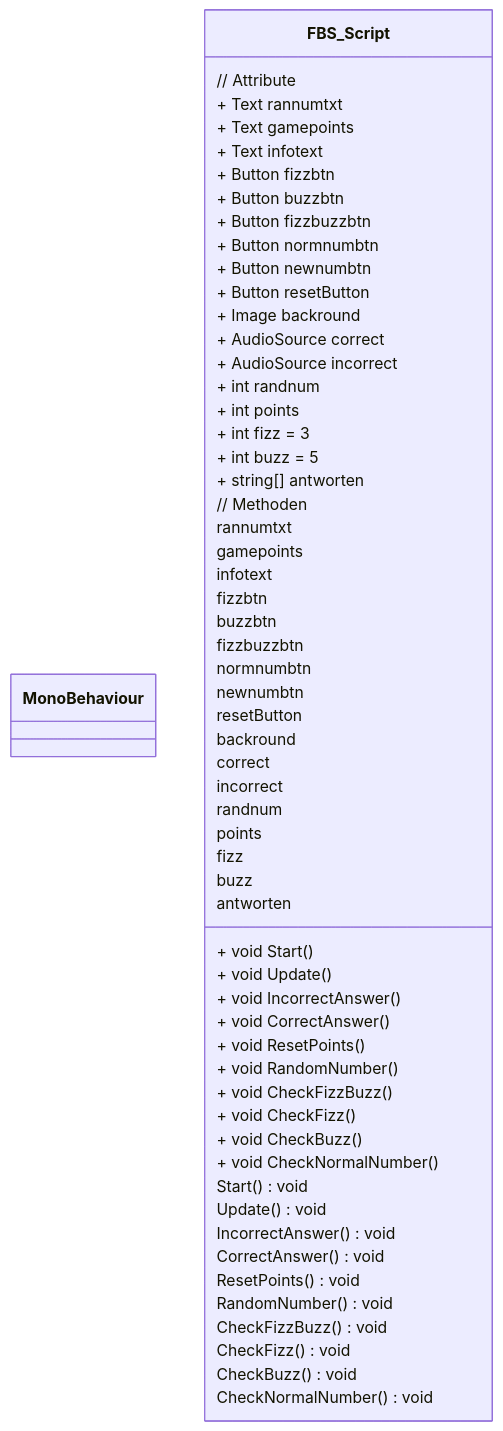
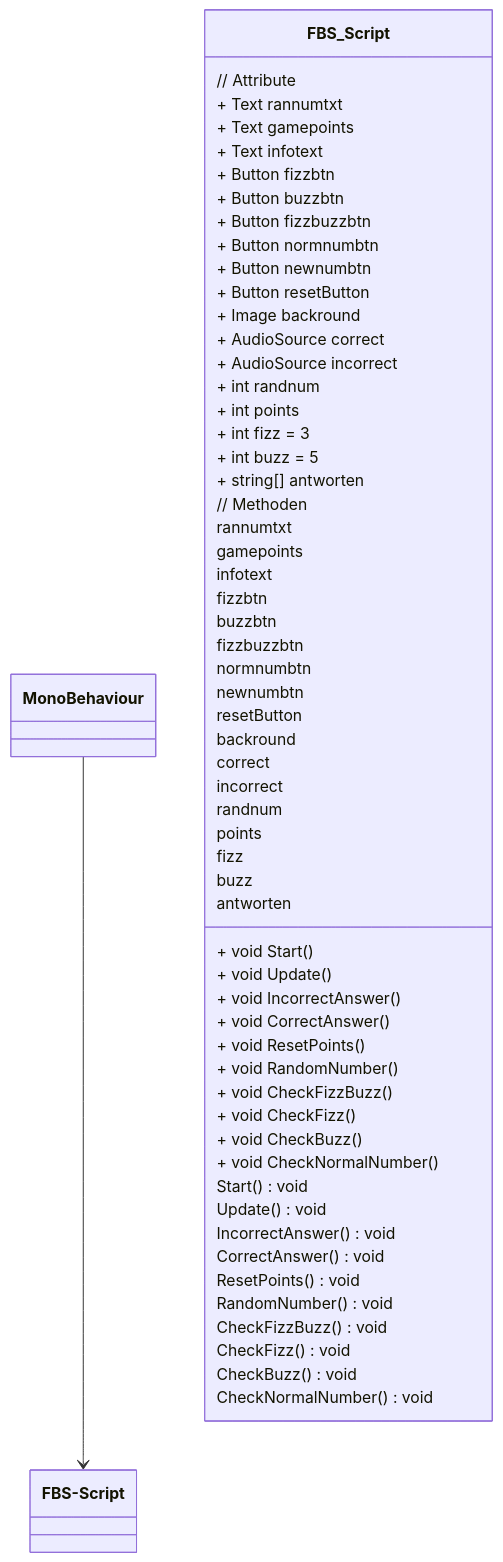
One commit to flaurenz/FizzBuzz_Laurenz changed the diagram in README.md. Above: the diagram before and after it, drawn with Mermaid.

````diff
--- a/README.md
+++ b/README.md
@@ -29,67 +29,69 @@
 ```mermaid
 classDiagram
 class MonoBehaviour {
     }
 
     class FBS_Script {
         // Attribute
         + Text rannumtxt
         + Text gamepoints
         + Text infotext
         + Button fizzbtn
         + Button buzzbtn
         + Button fizzbuzzbtn
         + Button normnumbtn
         + Button newnumbtn
         + Button resetButton
         + Image backround
         + AudioSource correct
         + AudioSource incorrect
         + int randnum
         + int points
         + int fizz = 3
         + int buzz = 5
         + string[] antworten
 
         // Methoden
         + void Start()
         + void Update()
         + void IncorrectAnswer()
         + void CorrectAnswer()
         + void ResetPoints()
         + void RandomNumber()
         + void CheckFizzBuzz()
         + void CheckFizz()
         + void CheckBuzz()
         + void CheckNormalNumber()
     }
 
     FBS_Script : rannumtxt
     FBS_Script : gamepoints
     FBS_Script : infotext
     FBS_Script : fizzbtn
     FBS_Script : buzzbtn
     FBS_Script : fizzbuzzbtn
     FBS_Script : normnumbtn
     FBS_Script : newnumbtn
     FBS_Script : resetButton
     FBS_Script : backround
     FBS_Script : correct
     FBS_Script : incorrect
     FBS_Script : randnum
     FBS_Script : points
     FBS_Script : fizz
     FBS_Script : buzz
     FBS_Script : antworten
     FBS_Script : Start() void
     FBS_Script : Update() void
     FBS_Script : IncorrectAnswer() void
     FBS_Script : CorrectAnswer() void
     FBS_Script : ResetPoints() void
     FBS_Script : RandomNumber() void
     FBS_Script : CheckFizzBuzz() void
     FBS_Script : CheckFizz() void
     FBS_Script : CheckBuzz() void
     FBS_Script : CheckNormalNumber() void
 
+MonoBehaviour --> FBS-Script
+
 ```
````
